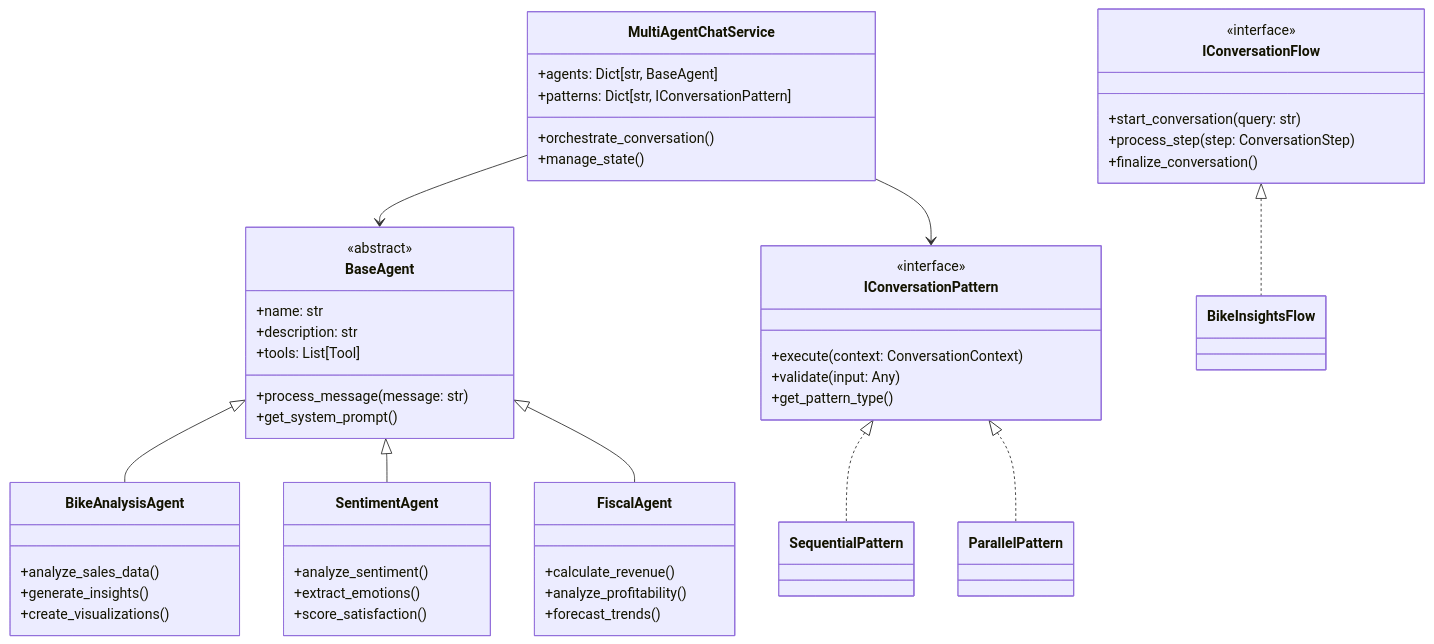
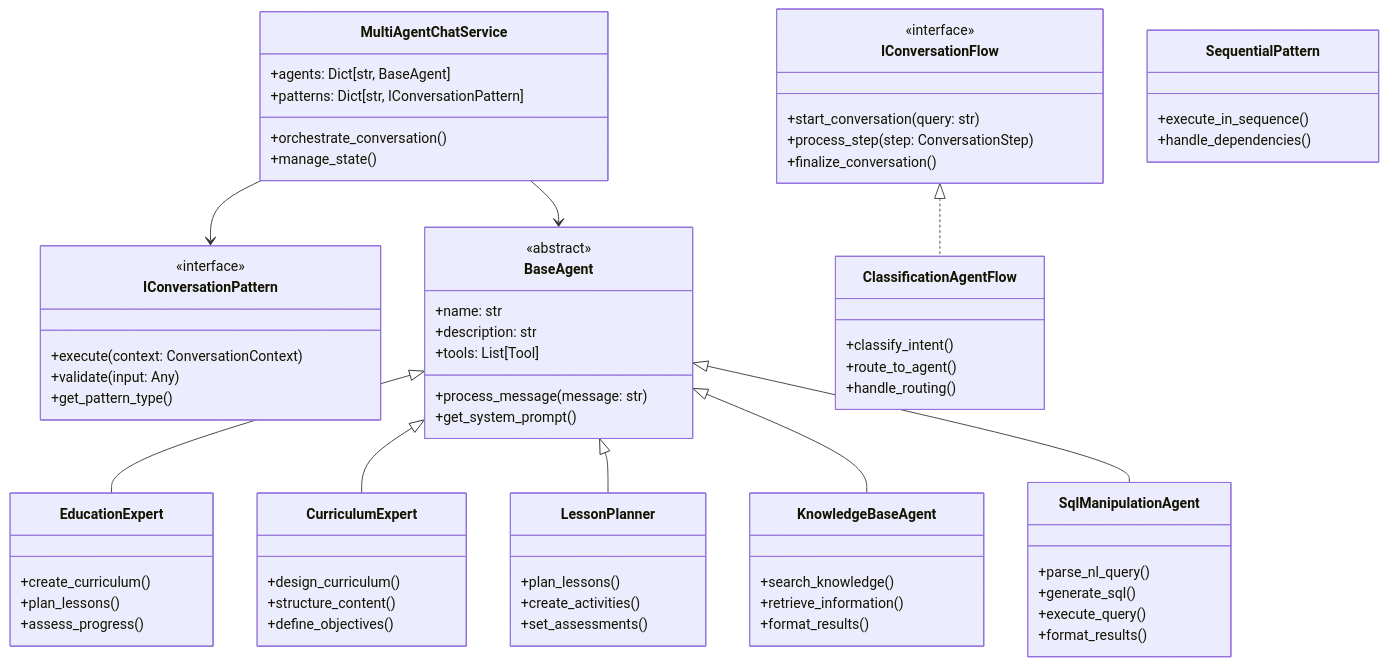
Before and after one commit to the-ingenious-dark-knight/Insight_Ingenious: the ninth of 13 diagrams in docs/architecture/README.md, drawn with Mermaid. The commit also changed other lines of this file and 3 other files, not shown here.

Commit message:
fix: Update API documentation to include new workflows and agents for classification and education

````diff
--- a/docs/architecture/README.md
+++ b/docs/architecture/README.md
@@ -398,59 +393,82 @@
 ```mermaid
 classDiagram
     class IConversationPattern {
         <<interface>>
         +execute(context: ConversationContext)
         +validate(input: Any)
         +get_pattern_type()
     }
 
     class IConversationFlow {
         <<interface>>
         +start_conversation(query: str)
         +process_step(step: ConversationStep)
         +finalize_conversation()
     }
 
     class BaseAgent {
         <<abstract>>
         +name: str
         +description: str
         +tools: List[Tool]
         +process_message(message: str)
         +get_system_prompt()
     }
 
-    class BikeAnalysisAgent {
-        +analyze_sales_data()
-        +generate_insights()
-        +create_visualizations()
+    class EducationExpert {
+        +create_curriculum()
+        +plan_lessons()
+        +assess_progress()
     }
 
-    class SentimentAgent {
-        +analyze_sentiment()
-        +extract_emotions()
-        +score_satisfaction()
+    class CurriculumExpert {
+        +design_curriculum()
+        +structure_content()
+        +define_objectives()
     }
 
-    class FiscalAgent {
-        +calculate_revenue()
-        +analyze_profitability()
-        +forecast_trends()
+    class LessonPlanner {
+        +plan_lessons()
+        +create_activities()
+        +set_assessments()
+    }
+
+    class KnowledgeBaseAgent {
+        +search_knowledge()
+        +retrieve_information()
+        +format_results()
+    }
+
+    class SqlManipulationAgent {
+        +parse_nl_query()
+        +generate_sql()
+        +execute_query()
+        +format_results()
     }
 
     class MultiAgentChatService {
         +agents: Dict[str, BaseAgent]
         +patterns: Dict[str, IConversationPattern]
         +orchestrate_conversation()
         +manage_state()
     }
 
-    IConversationPattern <|.. SequentialPattern
-    IConversationPattern <|.. ParallelPattern
-    IConversationFlow <|.. BikeInsightsFlow
-    BaseAgent <|-- BikeAnalysisAgent
-    BaseAgent <|-- SentimentAgent
-    BaseAgent <|-- FiscalAgent
+    class SequentialPattern {
+        +execute_in_sequence()
+        +handle_dependencies()
+    }
+
+    class ClassificationAgentFlow {
+        +classify_intent()
+        +route_to_agent()
+        +handle_routing()
+    }
+    IConversationFlow <|.. ClassificationAgentFlow
+    BaseAgent <|-- EducationExpert
+    BaseAgent <|-- CurriculumExpert
+    BaseAgent <|-- LessonPlanner
+    BaseAgent <|-- KnowledgeBaseAgent
+    BaseAgent <|-- SqlManipulationAgent
     MultiAgentChatService --> BaseAgent
     MultiAgentChatService --> IConversationPattern
 ```
````
